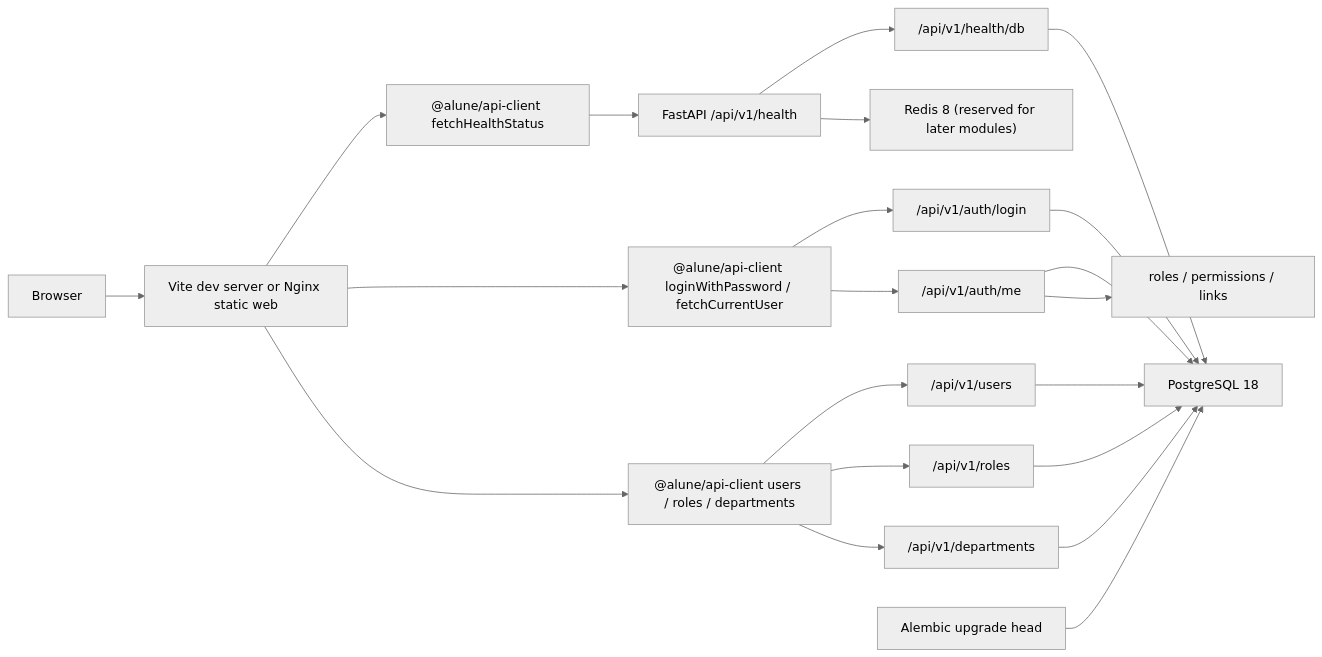
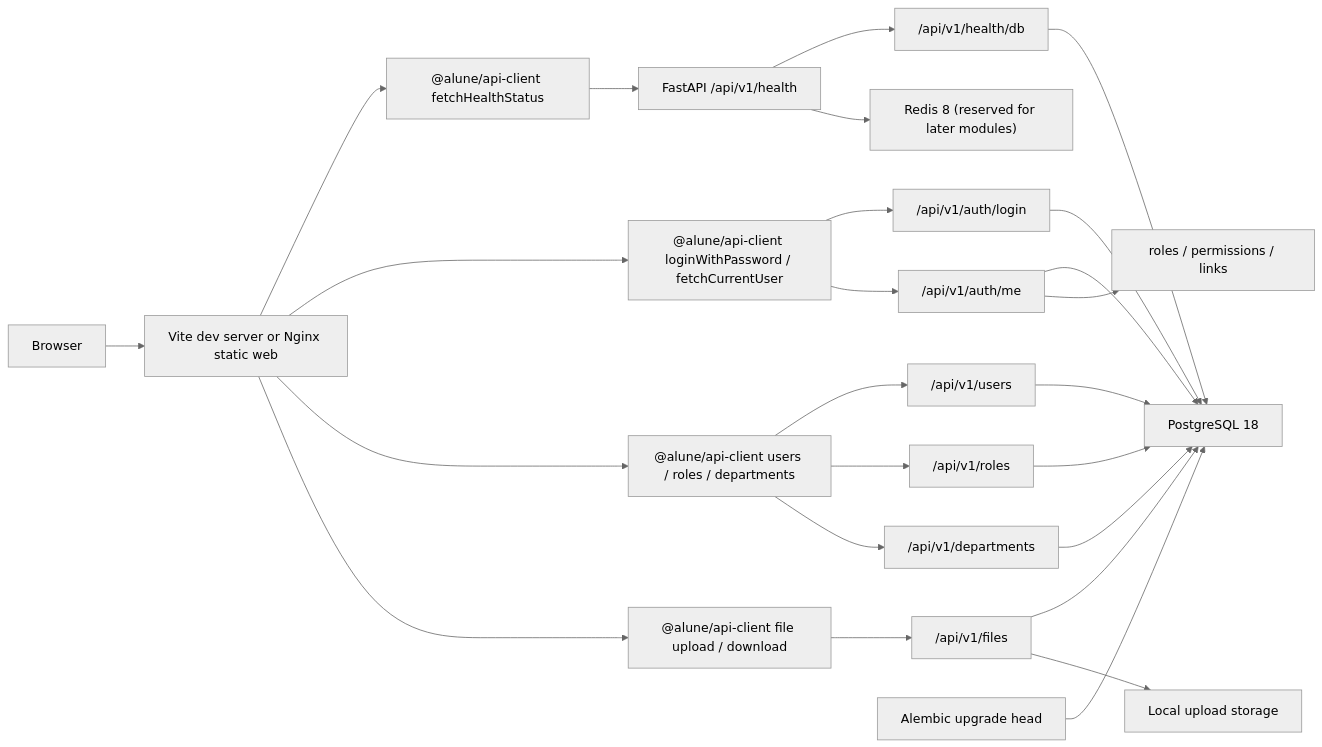
One commit to alune1212/alune changed the diagram in docs/architecture.md. Above: the diagram before and after it, drawn with Mermaid (neutral theme). The commit also changed other lines of this file and 34 other files, not shown here.

````diff
--- a/docs/architecture.md
+++ b/docs/architecture.md
@@ -71,23 +71,27 @@
 ```mermaid
 flowchart LR
   Browser["Browser"] --> Web["Vite dev server or Nginx static web"]
   Web --> HealthClient["@alune/api-client fetchHealthStatus"]
   Web --> AuthClient["@alune/api-client loginWithPassword / fetchCurrentUser"]
   Web --> InternalClient["@alune/api-client users / roles / departments"]
+  Web --> FileClient["@alune/api-client file upload / download"]
   HealthClient --> API["FastAPI /api/v1/health"]
   AuthClient --> Login["/api/v1/auth/login"]
   AuthClient --> Me["/api/v1/auth/me"]
   InternalClient --> Users["/api/v1/users"]
   InternalClient --> Roles["/api/v1/roles"]
   InternalClient --> Departments["/api/v1/departments"]
+  FileClient --> Files["/api/v1/files"]
   API --> DBCheck["/api/v1/health/db"]
   DBCheck --> Postgres["PostgreSQL 18"]
   Login --> Postgres
   Me --> Postgres
   Me --> Permissions["roles / permissions / links"]
   Users --> Postgres
   Roles --> Postgres
   Departments --> Postgres
+  Files --> Postgres
+  Files --> LocalStorage["Local upload storage"]
   API --> Redis["Redis 8 (reserved for later modules)"]
   Alembic["Alembic upgrade head"] --> Postgres
 ```
````
